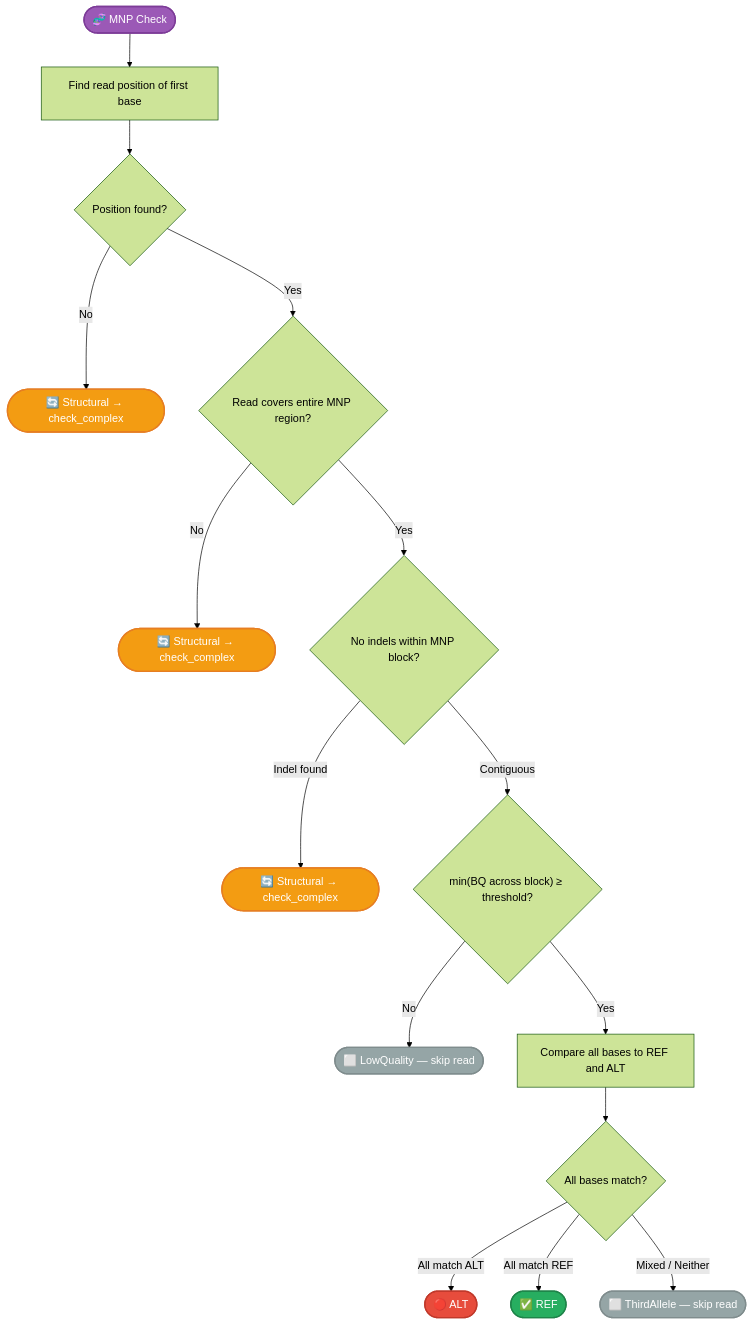
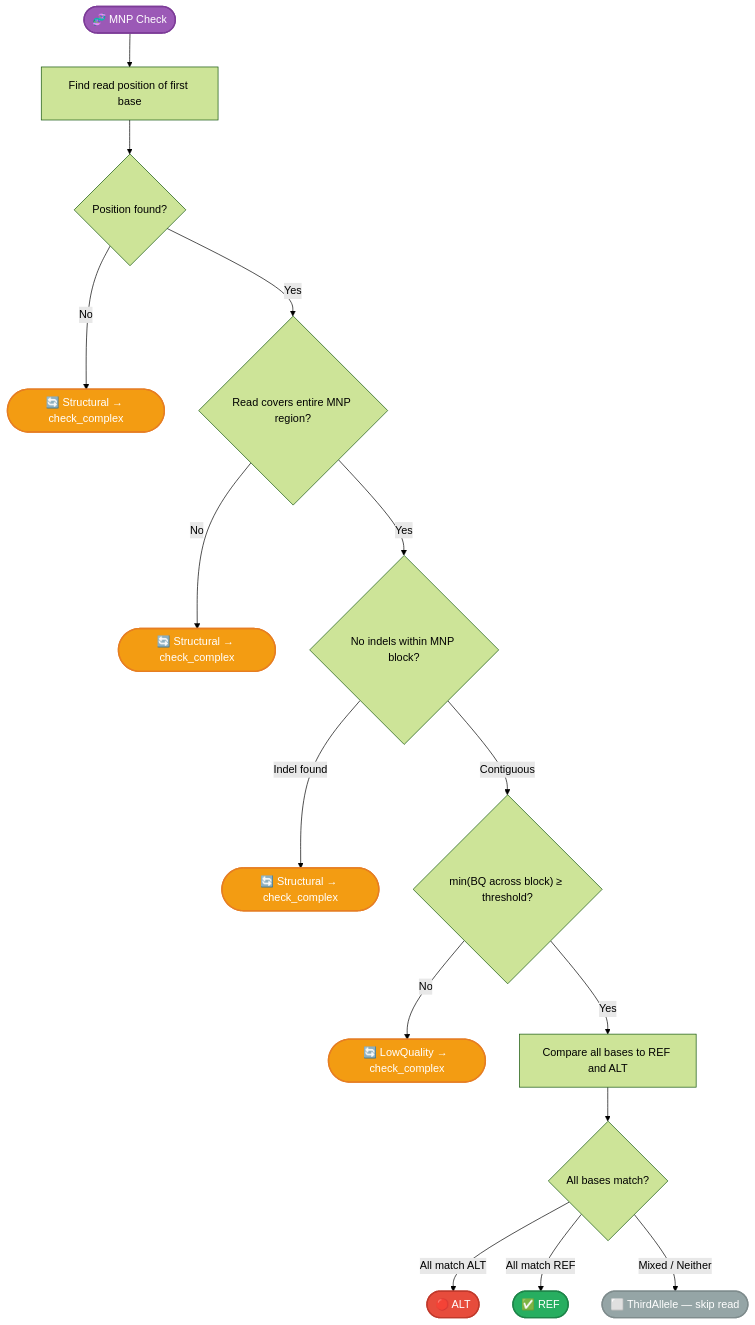
One commit to msk-access/py-gbcms changed the fifth of 6 diagrams in docs/reference/allele-classification.md. Above: the diagram before and after it, drawn with Mermaid (forest theme). The commit also changed other lines of this file and 22 other files, not shown here.

````diff
--- a/docs/reference/allele-classification.md
+++ b/docs/reference/allele-classification.md
@@ -310,26 +310,26 @@
 ```mermaid
 flowchart TD
     Start([🧬 MNP Check]):::start --> Find[Find read position of first base]
     Find --> Found{Position found?}
     Found -->|No| Structural1([🔄 Structural → check_complex]):::fallback
     Found -->|Yes| Cover{Read covers entire MNP region?}
     Cover -->|No| Structural2([🔄 Structural → check_complex]):::fallback
     Cover -->|Yes| Contig{No indels within MNP block?}
 
     Contig -->|Indel found| Structural3([🔄 Structural → check_complex]):::fallback
     Contig -->|Contiguous| MinBQ{"min(BQ across block) ≥ threshold?"}
 
-    MinBQ -->|No| LowQ([⬜ LowQuality — skip read]):::neither
+    MinBQ -->|No| LowQ(["🔄 LowQuality → check_complex"]):::fallback
     MinBQ -->|Yes| Compare[Compare all bases to REF and ALT]
 
     Compare --> Final{All bases match?}
     Final -->|All match ALT| Alt([🔴 ALT]):::alt
     Final -->|All match REF| Ref([✅ REF]):::ref
     Final -->|Mixed / Neither| Third([⬜ ThirdAllele — skip read]):::neither
 
     classDef start fill:#9b59b6,color:#fff,stroke:#7d3c98,stroke-width:2px;
     classDef ref fill:#27ae60,color:#fff,stroke:#1e8449,stroke-width:2px;
     classDef alt fill:#e74c3c,color:#fff,stroke:#c0392b,stroke-width:2px;
     classDef neither fill:#95a5a6,color:#fff,stroke:#7f8c8d,stroke-width:2px;
     classDef fallback fill:#f39c12,color:#fff,stroke:#e67e22,stroke-width:2px;
 ```
````
